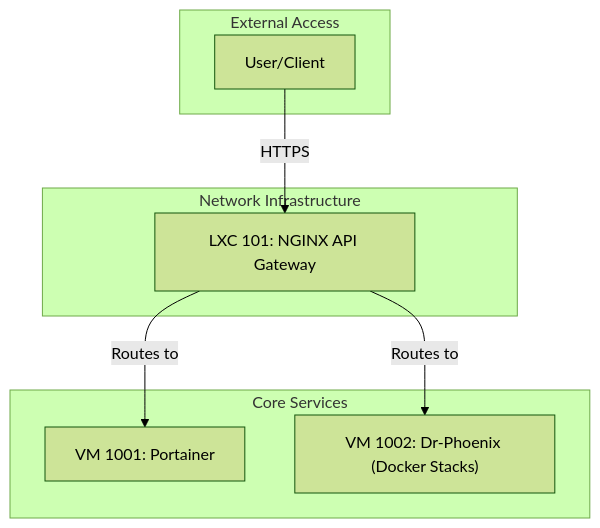
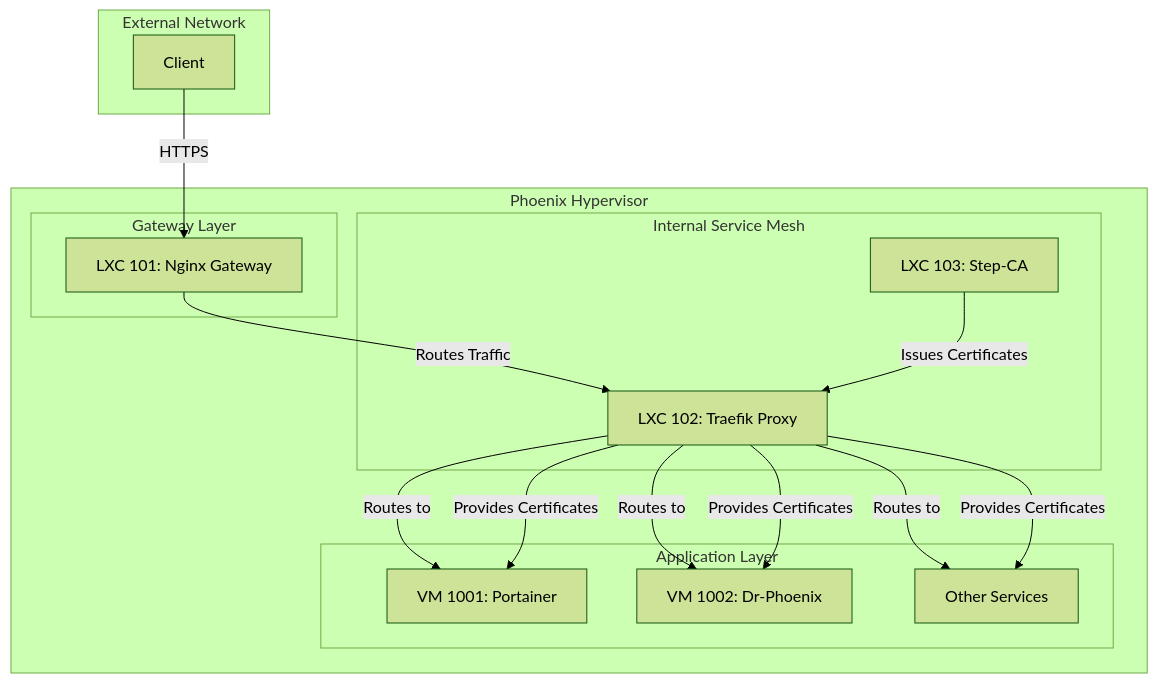
One commit to SirHeads/Testing-ideas changed the diagram in Thinkheads.AI_docs/03_phoenix_hypervisor_implementation/00_guides/02_lxc_container_implementation_guide.md. Above: the diagram before and after it, drawn with Mermaid (forest theme). The commit also changed other lines of this file and 17 other files, not shown here.

````diff
--- a/Thinkheads.AI_docs/03_phoenix_hypervisor_implementation/00_guides/02_lxc_container_implementation_guide.md
+++ b/Thinkheads.AI_docs/03_phoenix_hypervisor_implementation/00_guides/02_lxc_container_implementation_guide.md
@@ -34,19 +36,33 @@
 ```mermaid
 graph TD
-    subgraph "External Access"
-        User[User/Client]
+    subgraph "External Network"
+        A[Client]
     end
 
-    subgraph "Network Infrastructure"
-        API_Gateway[LXC 101: NGINX API Gateway]
+    subgraph "Phoenix Hypervisor"
+        subgraph "Gateway Layer"
+            B[LXC 101: Nginx Gateway]
+        end
+
+        subgraph "Internal Service Mesh"
+            C[LXC 102: Traefik Proxy]
+            D[LXC 103: Step-CA]
+        end
+
+        subgraph "Application Layer"
+            E[VM 1001: Portainer]
+            F[VM 1002: Dr-Phoenix]
+            G[Other Services]
+        end
     end
 
-    subgraph "Core Services"
-        VM1001["VM 1001: Portainer"]
-        VM1002["VM 1002: Dr-Phoenix (Docker Stacks)"]
-    end
-
-    User -- HTTPS --> API_Gateway
-    API_Gateway -- Routes to --> VM1001
-    API_Gateway -- Routes to --> VM1002
+    A -- HTTPS --> B
+    B -- Routes Traffic --> C
+    C -- Routes to --> E
+    C -- Routes to --> F
+    C -- Routes to --> G
+    D -- Issues Certificates --> C
+    C -- Provides Certificates --> E
+    C -- Provides Certificates --> F
+    C -- Provides Certificates --> G
 ```
````
